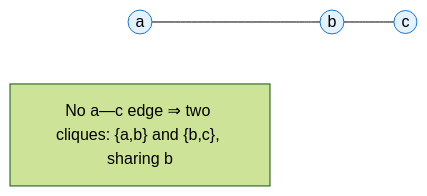
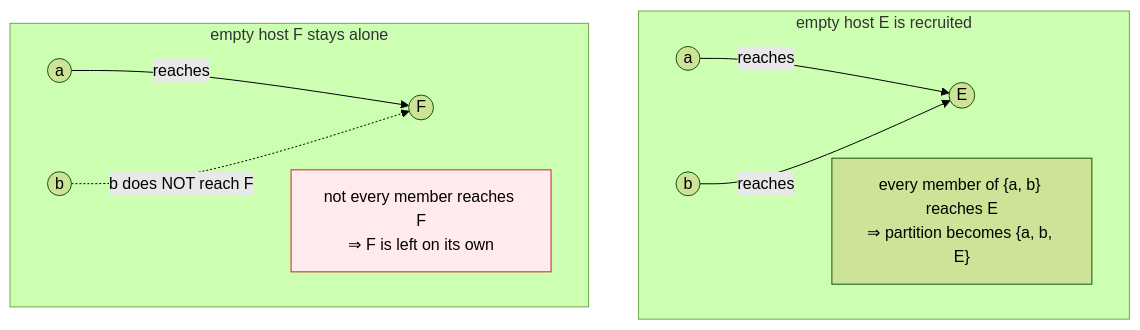
The seventh of 10 diagrams in docs/03-reservations-and-inventory/04-failover-host-reservations.md (cobaltcore-dev/cortex), drawn with Mermaid (forest theme) before and after one commit. The commit also changed other lines of this file, not shown here.

First line of the commit message:
docs(failoverhost): rewrite failover host reservations for human readers

````diff
--- a/docs/03-reservations-and-inventory/04-failover-host-reservations.md
+++ b/docs/03-reservations-and-inventory/04-failover-host-reservations.md
@@ -181,8 +228,16 @@
 ```mermaid
-flowchart LR
-    a((a)) --- b((b))
-    b --- c((c))
-    classDef clique fill:#e3f2fd,stroke:#1976d2
-    class a,b,c clique
-    note["No a—c edge ⇒ two cliques: {a,b} and {b,c}, sharing b"]
+flowchart TB
+    subgraph ok["empty host E is recruited"]
+        direction LR
+        a3((a)) -->|reaches| e1((E))
+        b3((b)) -->|reaches| e1
+        okr["every member of {a, b} reaches E<br/>⇒ partition becomes {a, b, E}"]
+    end
+    subgraph no["empty host F stays alone"]
+        direction LR
+        a4((a)) -->|reaches| f1((F))
+        b4((b)) -. "b does NOT reach F" .-> f1
+        nor["not every member reaches F<br/>⇒ F is left on its own"]
+    end
+    style nor fill:#ffebee,stroke:#c62828
 ```
````
